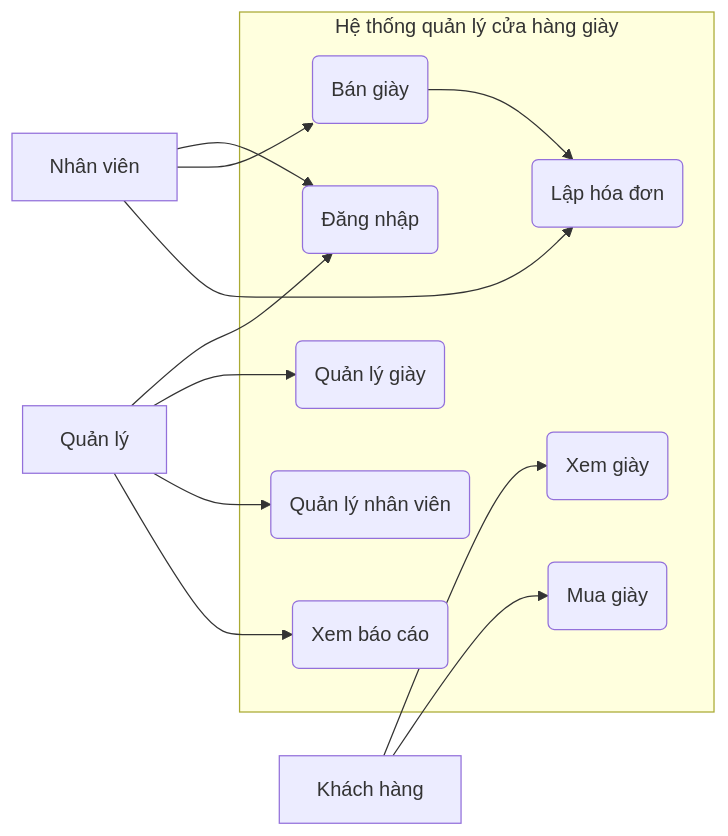
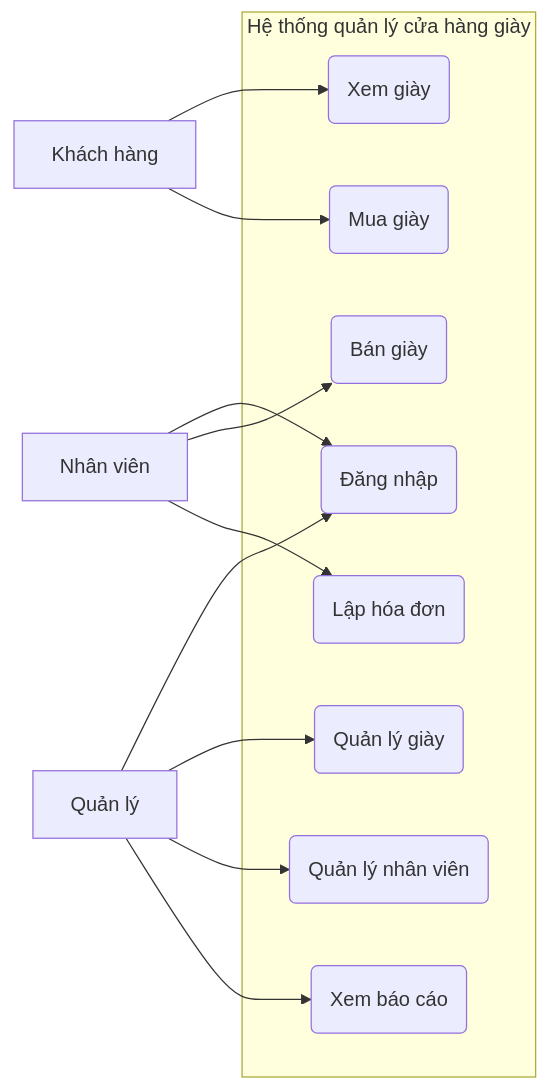
Before and after one commit to 0023413684-crypto/quan-ly-cua-hang-giay: the diagram in README.md, drawn with Mermaid.

````diff
--- a/README.md
+++ b/README.md
@@ -1,31 +1,29 @@
 ```mermaid
 flowchart LR
     KH[Khách hàng]
     NV[Nhân viên]
     QL[Quản lý]
 
     subgraph HT[Hệ thống quản lý cửa hàng giày]
         UC1(Đăng nhập)
         UC2(Xem giày)
         UC3(Mua giày)
         UC4(Bán giày)
         UC5(Lập hóa đơn)
         UC6(Quản lý giày)
         UC7(Quản lý nhân viên)
         UC8(Xem báo cáo)
     end
 
     KH --> UC2
     KH --> UC3
 
     NV --> UC1
     NV --> UC4
     NV --> UC5
 
     QL --> UC1
     QL --> UC6
     QL --> UC7
     QL --> UC8
-
-    UC4 --> UC5
 ```
````
